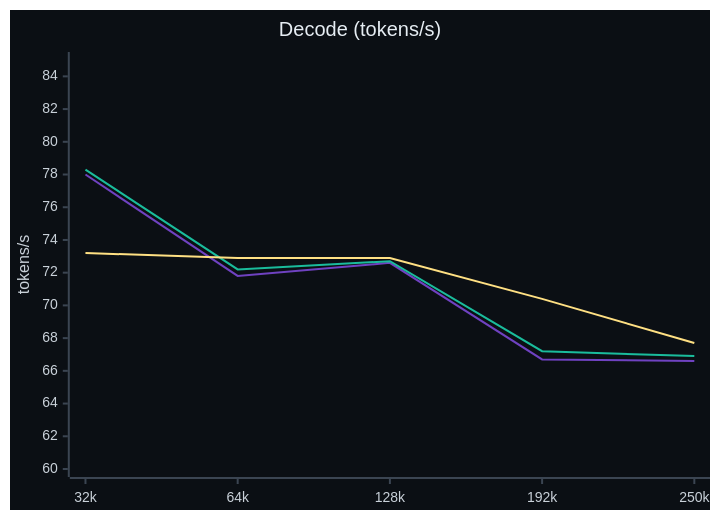
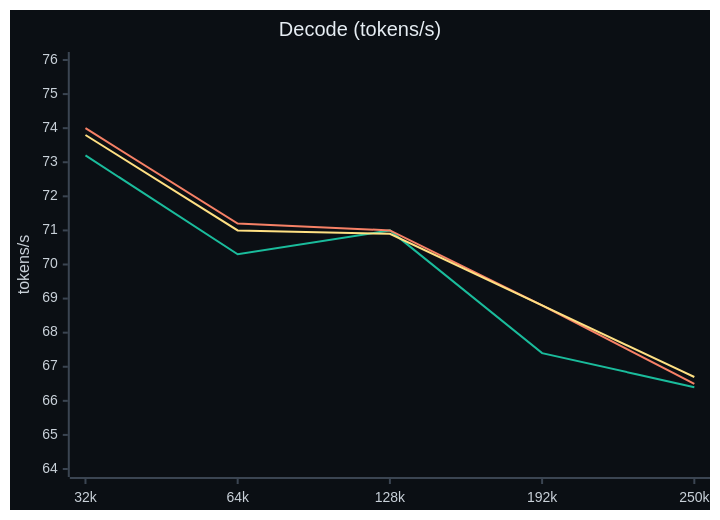
The fourth of 4 diagrams in docs/RESULTS.md (jaedync/crucible-strix-halo), drawn with Mermaid before and after one commit. The commit also changed other lines of this file and 18 other files, not shown here.

````diff
--- a/docs/RESULTS.md
+++ b/docs/RESULTS.md
@@ -148,10 +161,10 @@
 ```mermaid
-%%{init: {"theme": "base", "themeVariables": {"xyChart": {"backgroundColor": "#0b0f14", "titleColor": "#e6edf3", "xAxisLabelColor": "#c9d1d9", "yAxisLabelColor": "#c9d1d9", "xAxisTitleColor": "#c9d1d9", "yAxisTitleColor": "#c9d1d9", "xAxisLineColor": "#3b4552", "yAxisLineColor": "#3b4552", "xAxisTickColor": "#3b4552", "yAxisTickColor": "#3b4552", "plotColorPalette": "#6f42c1, #1abc9c, #ffe083"}}}}%%
+%%{init: {"theme": "base", "themeVariables": {"xyChart": {"backgroundColor": "#0b0f14", "titleColor": "#e6edf3", "xAxisLabelColor": "#c9d1d9", "yAxisLabelColor": "#c9d1d9", "xAxisTitleColor": "#c9d1d9", "yAxisTitleColor": "#c9d1d9", "xAxisLineColor": "#3b4552", "yAxisLineColor": "#3b4552", "xAxisTickColor": "#3b4552", "yAxisTickColor": "#3b4552", "plotColorPalette": "#1abc9c, #f78166, #ffe083"}}}}%%
 xychart-beta
     title "Decode (tokens/s)"
     x-axis ["32k", "64k", "128k", "192k", "250k"]
-    y-axis "tokens/s" 60 --> 85
-    line [78.0, 71.8, 72.6, 66.7, 66.6]
-    line [78.3, 72.2, 72.7, 67.2, 66.9]
-    line [73.2, 72.9, 72.9, 70.4, 67.7]
+    y-axis "tokens/s" 64 --> 76
+    line [73.2, 70.3, 71.0, 67.4, 66.4]
+    line [74.0, 71.2, 71.0, 68.8, 66.5]
+    line [73.8, 71.0, 70.9, 68.8, 66.7]
 ```
````
